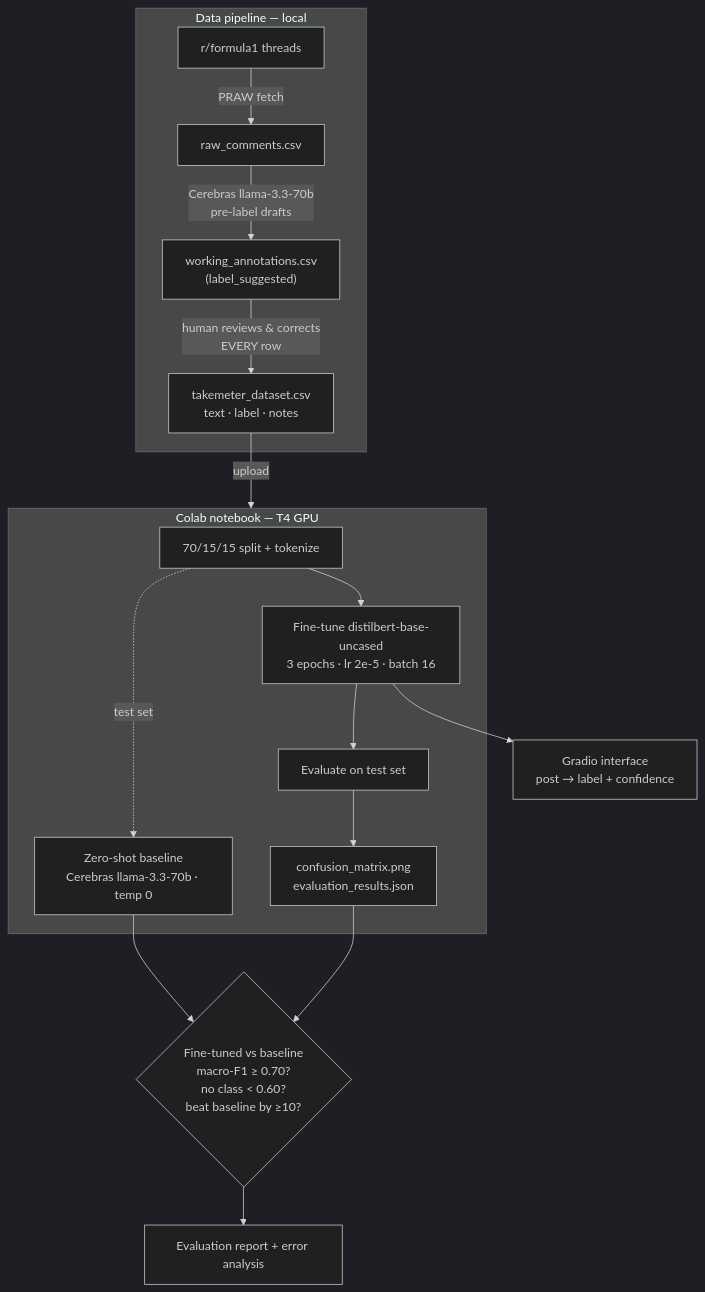
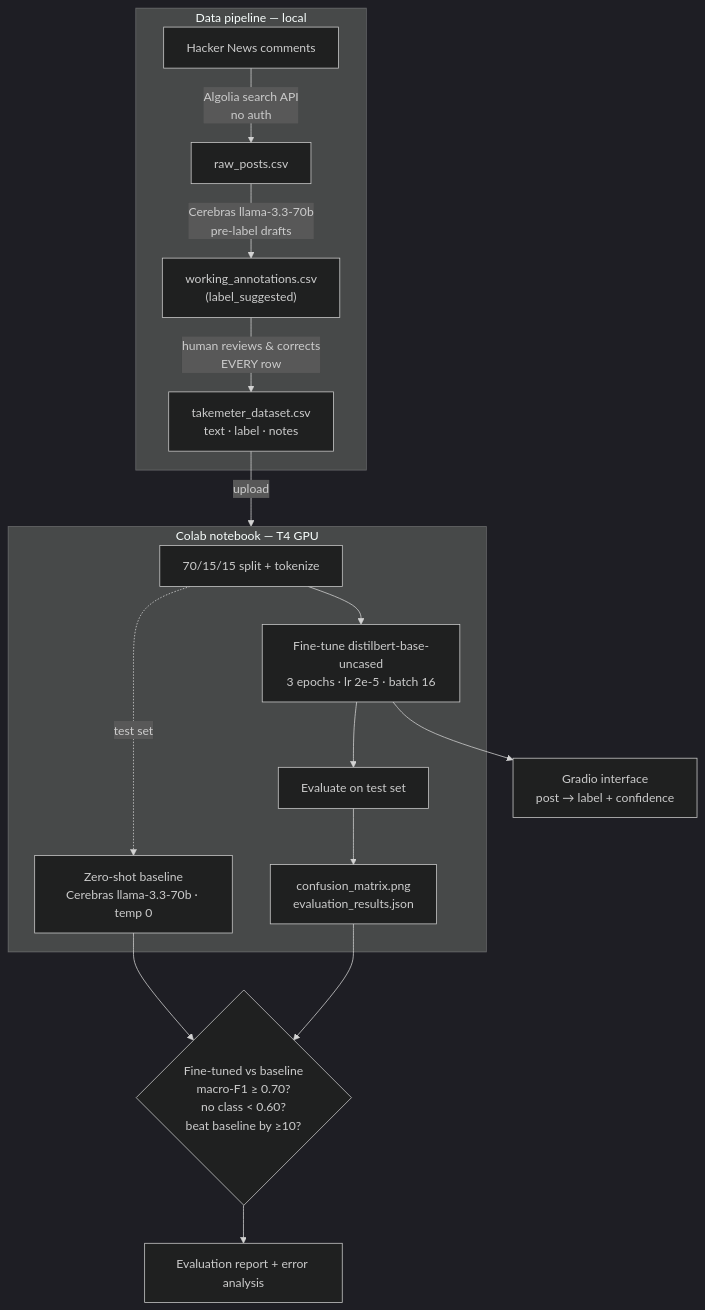
One commit to sh4wnbk/ai201-project3-takemeter changed the diagram in README.md. Above: the diagram before and after it, drawn with Mermaid (dark theme). The commit also changed other lines of this file and 6 other files, not shown here.

````diff
--- a/README.md
+++ b/README.md
@@ -19,23 +19,23 @@
 ```mermaid
 flowchart TD
     subgraph Pipeline["Data pipeline — local"]
-        R[r/formula1 threads] -->|PRAW fetch| RAW[raw_comments.csv]
+        R[Hacker News comments] -->|Algolia search API<br/>no auth| RAW[raw_posts.csv]
         RAW -->|Cerebras llama-3.3-70b<br/>pre-label drafts| WORK["working_annotations.csv<br/>(label_suggested)"]
         WORK -->|human reviews & corrects<br/>EVERY row| FINAL["takemeter_dataset.csv<br/>text · label · notes"]
     end
 
     FINAL -->|upload| Colab
 
     subgraph Colab["Colab notebook — T4 GPU"]
         SPLIT[70/15/15 split + tokenize]
         SPLIT --> FT["Fine-tune distilbert-base-uncased<br/>3 epochs · lr 2e-5 · batch 16"]
         FT --> EVAL[Evaluate on test set]
         EVAL --> ART["confusion_matrix.png<br/>evaluation_results.json"]
         SPLIT -. test set .-> BASE["Zero-shot baseline<br/>Cerebras llama-3.3-70b · temp 0"]
     end
 
     ART --> CMP{"Fine-tuned vs baseline<br/>macro-F1 ≥ 0.70?<br/>no class &lt; 0.60?<br/>beat baseline by ≥10?"}
     BASE --> CMP
     CMP --> REPORT[Evaluation report + error analysis]
     FT --> APP["Gradio interface<br/>post → label + confidence"]
 ```
````
